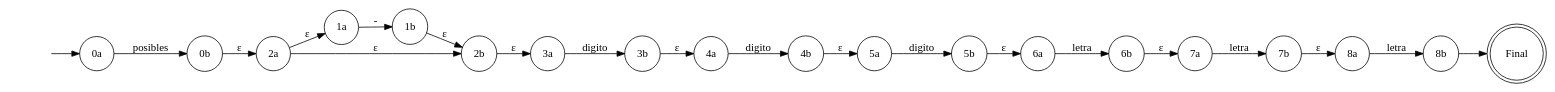
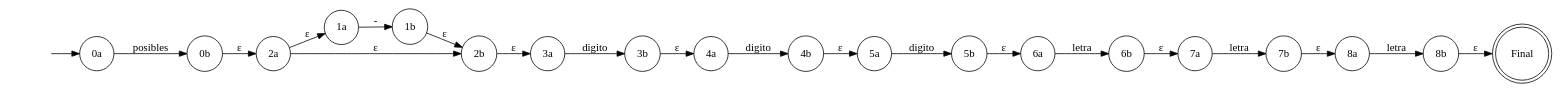
The diagram in AFND_201903969/Pl.dot (DiegoxBaggins/JAVA-Basic-Compilator), drawn with Graphviz before and after one commit. The commit also changed 14 other files, not shown here.

```diff
--- a/AFND_201903969/Pl.dot
+++ b/AFND_201903969/Pl.dot
@@ -1,45 +1,45 @@
 digraph G{
 rankdir=LR
 concentrate=true
 nodoInicial [shape=none label=""]
 nodoInicial->nodo0a [label=""]
 nodo0a [shape=circle label="0a"]
 nodo0b [shape=circle label="0b"]
 nodo0a -> nodo0b[label="posibles"]
 nodo1a [shape=circle label="1a"]
 nodo1b [shape=circle label="1b"]
 nodo1a -> nodo1b[label="-"]
 nodo2a [shape=circle label="2a"]
 nodo2b [shape=circle label="2b"]
 nodo2a -> nodo1a[label="ε"]
 nodo1b->nodo2b[label="ε"]
 nodo2a ->nodo2b [label="ε"]
 nodo3a [shape=circle label="3a"]
 nodo3b [shape=circle label="3b"]
 nodo3a -> nodo3b[label="digito"]
 nodo4a [shape=circle label="4a"]
 nodo4b [shape=circle label="4b"]
 nodo4a -> nodo4b[label="digito"]
 nodo5a [shape=circle label="5a"]
 nodo5b [shape=circle label="5b"]
 nodo5a -> nodo5b[label="digito"]
 nodo6a [shape=circle label="6a"]
 nodo6b [shape=circle label="6b"]
 nodo6a -> nodo6b[label="letra"]
 nodo7a [shape=circle label="7a"]
 nodo7b [shape=circle label="7b"]
 nodo7a -> nodo7b[label="letra"]
 nodo8a [shape=circle label="8a"]
 nodo8b [shape=circle label="8b"]
 nodo8a -> nodo8b[label="letra"]
 nodo7b -> nodo8a[label="ε"]
 nodo6b -> nodo7a[label="ε"]
 nodo5b -> nodo6a[label="ε"]
 nodo4b -> nodo5a[label="ε"]
 nodo3b -> nodo4a[label="ε"]
 nodo2b -> nodo3a[label="ε"]
 nodo0b -> nodo2a[label="ε"]
 nodoFinal [shape=doublecircle label="Final"]
-nodo8b->nodoFinal [label=""]
+nodo8b->nodoFinal [label="ε"]
 
 }
```
